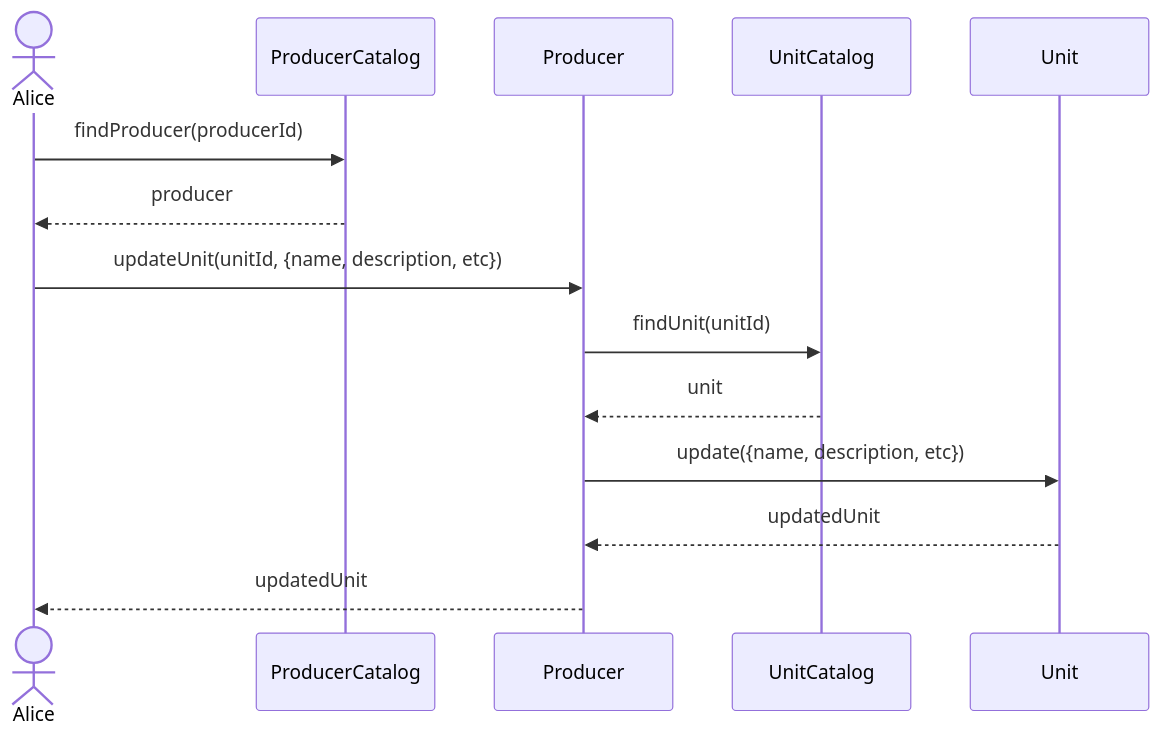
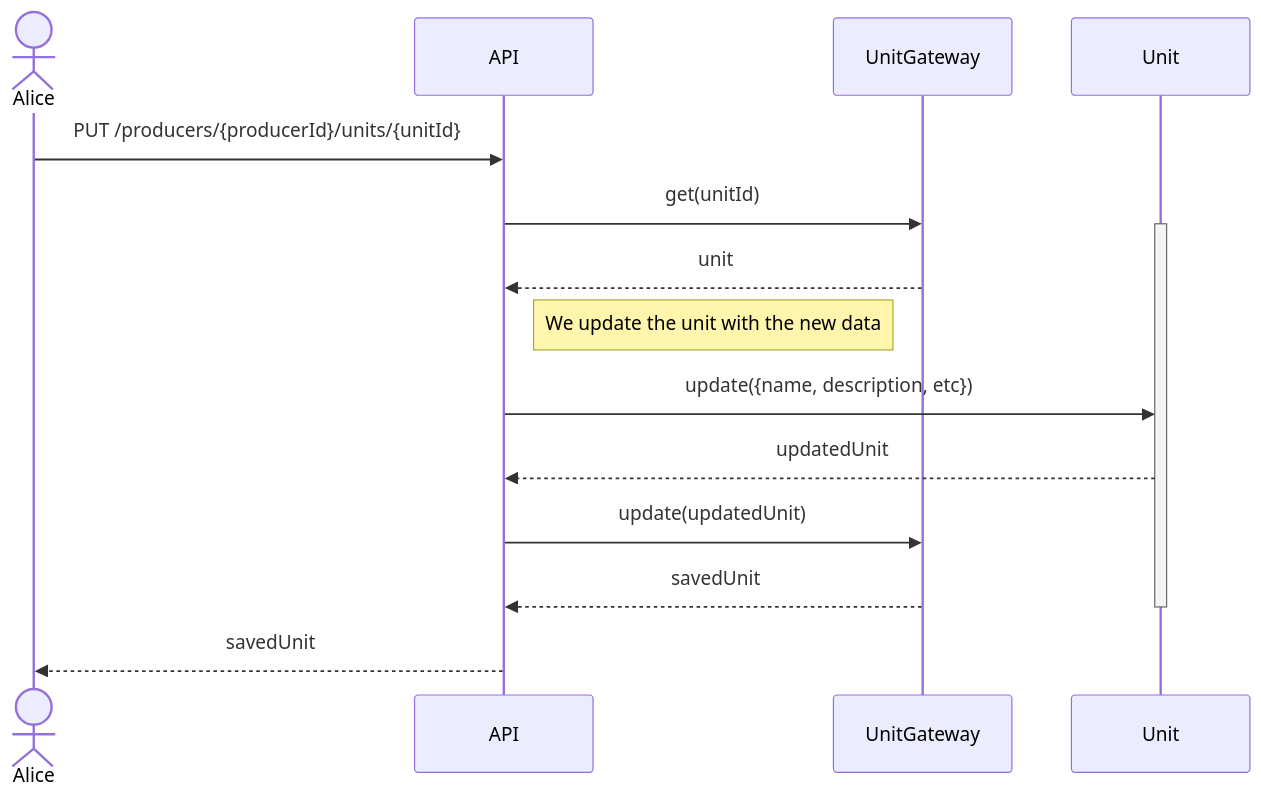
One commit to hivetown/planning changed diagram 20 of 32 in sequence.md. Above: the diagram before and after it, drawn with Mermaid. The commit also changed other lines of this file, not shown here.

Commit message:
diagramas de sequência

````diff
--- a/sequence.md
+++ b/sequence.md
@@ -702,21 +703,23 @@
 ```mermaid
 sequenceDiagram
     actor A as Alice
-    participant PC as ProducerCatalog
-    participant P as Producer
-    participant UC as UnitCatalog
+    participant API as API
+    participant UG as UnitGateway
     participant U as Unit
 
-    A ->> PC: findProducer(producerId)
-    PC -->> A: producer
+    A ->> API: PUT /producers/{producerId}/units/{unitId}
 
-    A ->> P: updateUnit(unitId, {name, description, etc})
+    API ->> UG: get(unitId)
+    activate U
+    UG -->> API: unit
 
-    P ->> UC: findUnit(unitId)
-    UC -->> P: unit
+    Note right of API: We update the unit with the new data
+    API ->> U: update({name, description, etc})
+    U -->> API: updatedUnit
 
-    P ->> U: update({name, description, etc})
-    U -->> P: updatedUnit
+    API ->> UG: update(updatedUnit)
+    UG -->> API: savedUnit
+    deactivate U
 
-    P -->> A: updatedUnit
+    API -->> A: savedUnit
 ```
````
